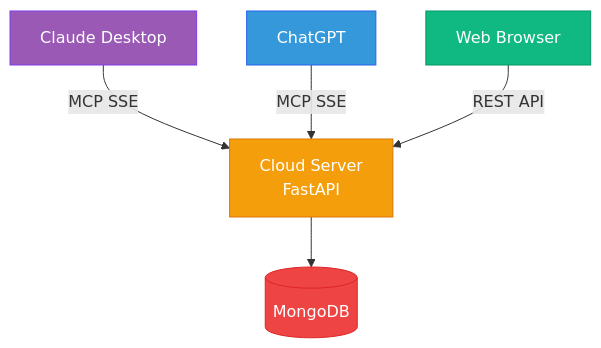
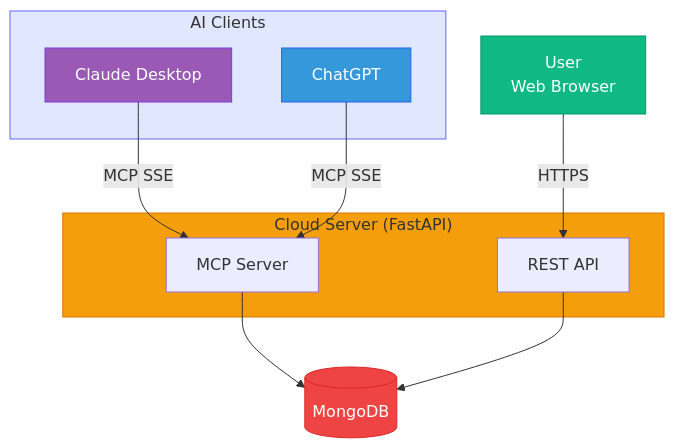
One commit to xpdlf1004/pensieve-mcp changed the third of 15 diagrams in ARCHITECTURE_SIMPLE.md. Above: the diagram before and after it, drawn with Mermaid. The commit also changed other lines of this file, not shown here.

Commit message:
Add architecture.

````diff
--- a/ARCHITECTURE_SIMPLE.md
+++ b/ARCHITECTURE_SIMPLE.md
@@ -62,20 +63,28 @@
 ```mermaid
 graph TB
-    C1[Claude Desktop]
-    C2[ChatGPT]
-    W1[Web Browser]
+    subgraph AI["AI Clients"]
+        C1[Claude Desktop]
+        C2[ChatGPT]
+    end
 
-    Server[Cloud Server<br/>FastAPI]
+    User[User<br/>Web Browser]
 
-    C1 -->|MCP SSE| Server
-    C2 -->|MCP SSE| Server
-    W1 -->|REST API| Server
+    subgraph Server["Cloud Server (FastAPI)"]
+        MCP[MCP Server]
+        REST[REST API]
+    end
 
-    Server --> DB[(MongoDB)]
+    C1 -->|MCP SSE| MCP
+    C2 -->|MCP SSE| MCP
+    User -->|HTTPS| REST
 
+    MCP --> DB[(MongoDB)]
+    REST --> DB
+
+    style AI fill:#e0e7ff,stroke:#6366f1
     style C1 fill:#9b59b6,stroke:#7c3aed,color:#fff
     style C2 fill:#3498db,stroke:#2563eb,color:#fff
-    style W1 fill:#10b981,stroke:#059669,color:#fff
-    style Server fill:#f59e0b,stroke:#d97706,color:#fff
+    style User fill:#10b981,stroke:#059669,color:#fff
+    style Server fill:#f59e0b,stroke:#d97706
     style DB fill:#ef4444,stroke:#dc2626,color:#fff
 ```
````
